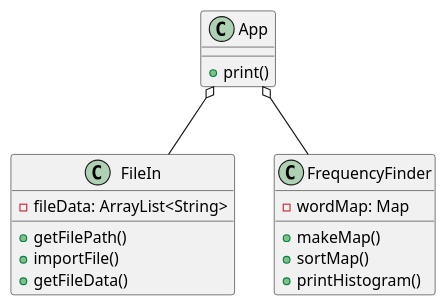
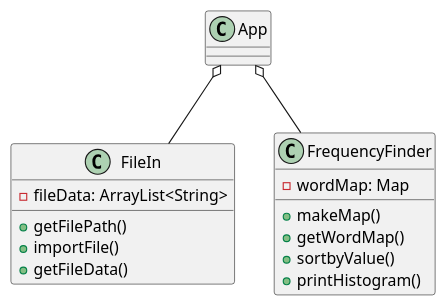
One commit to kingraham228/Ingraham-cop3330-assignment3 changed the diagram in src/main/java/ex46/WordFrequencyFinder.puml. Above: the diagram before and after it, drawn with PlantUML. The commit also changed 2 other files, not shown here.

Commit message:
Diagram review

```diff
--- a/src/main/java/ex46/WordFrequencyFinder.puml
+++ b/src/main/java/ex46/WordFrequencyFinder.puml
@@ -1,22 +1,22 @@
 @startuml
 class App{
-+print()
 }
 
 class FileIn{
 -fileData: ArrayList<String>
 +getFilePath()
 +importFile()
 +getFileData()
 }
 
 class FrequencyFinder{
 -wordMap: Map
 +makeMap()
-+sortMap()
++getWordMap()
++sortbyValue()
 +printHistogram()
 }
 
 App o-- FileIn
 App o-- FrequencyFinder
 @enduml
```
